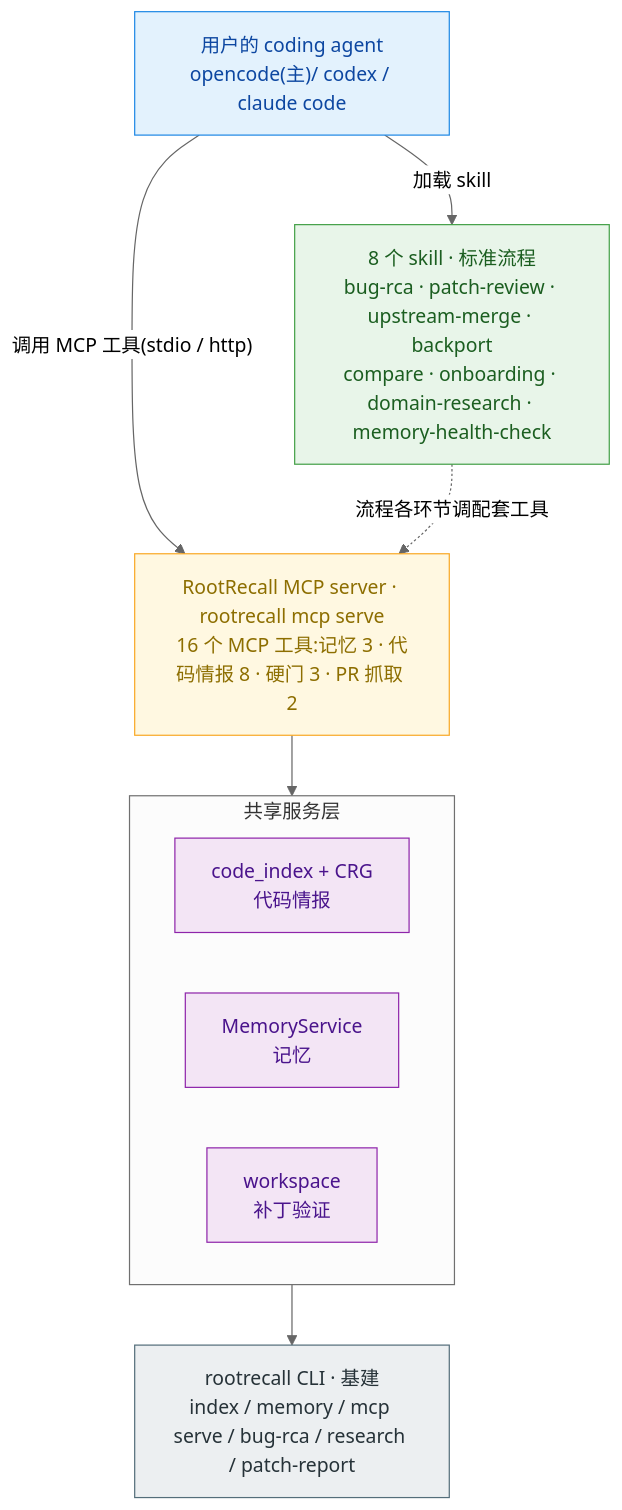
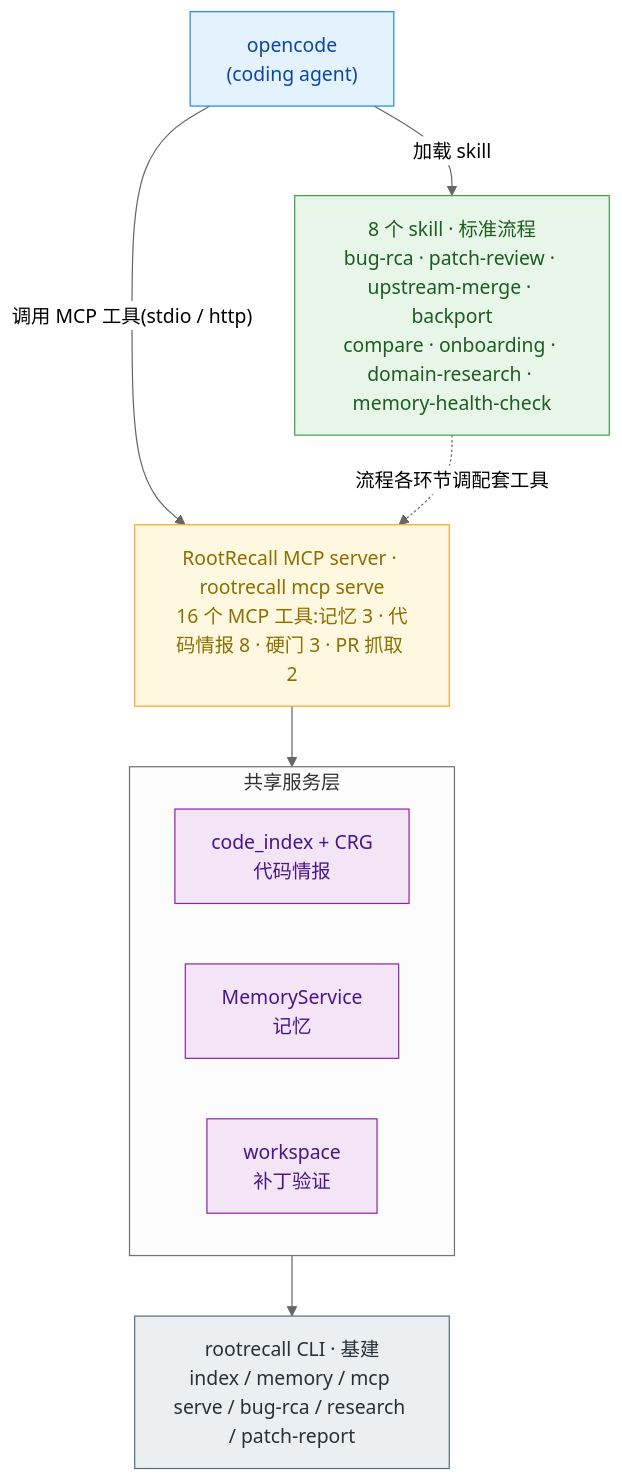
The diagram in README.md (TuNaiChao/Hyperion), drawn with Mermaid (neutral theme) before and after one commit. The commit also changed other lines of this file and 3 other files, not shown here.

````diff
--- a/README.md
+++ b/README.md
@@ -61,31 +59,31 @@
 ```mermaid
 flowchart TB
-    AGENT["用户的 coding agent<br/>opencode(主)/ codex / claude code"]
+    AGENT["opencode<br/>(coding agent)"]
     SKILLS["8 个 skill · 标准流程<br/>bug-rca · patch-review · upstream-merge · backport<br/>compare · onboarding · domain-research · memory-health-check"]
     SERVER["RootRecall MCP server · rootrecall mcp serve<br/>16 个 MCP 工具:记忆 3 · 代码情报 8 · 硬门 3 · PR 抓取 2"]
 
     subgraph SERVICES["共享服务层"]
         SVC1["code_index + CRG<br/>代码情报"]
         SVC2["MemoryService<br/>记忆"]
         SVC3["workspace<br/>补丁验证"]
     end
 
     CLI["rootrecall CLI · 基建<br/>index / memory / mcp serve / bug-rca / research / patch-report"]
 
     AGENT -->|"加载 skill"| SKILLS
     AGENT -->|"调用 MCP 工具(stdio / http)"| SERVER
     SKILLS -.->|"流程各环节调配套工具"| SERVER
     SERVER --> SERVICES
     SERVICES --> CLI
 
     classDef agent fill:#E3F2FD,stroke:#1E88E5,color:#0D47A1
     classDef skills fill:#E8F5E9,stroke:#43A047,color:#1B5E20
     classDef server fill:#FFF8E1,stroke:#F9A825,color:#8D6E00
     classDef svc fill:#F3E5F5,stroke:#8E24AA,color:#4A148C
     classDef cli fill:#ECEFF1,stroke:#546E7A,color:#263238
     class AGENT agent
     class SKILLS skills
     class SERVER server
     class SVC1,SVC2,SVC3 svc
     class CLI cli
 ```
````
